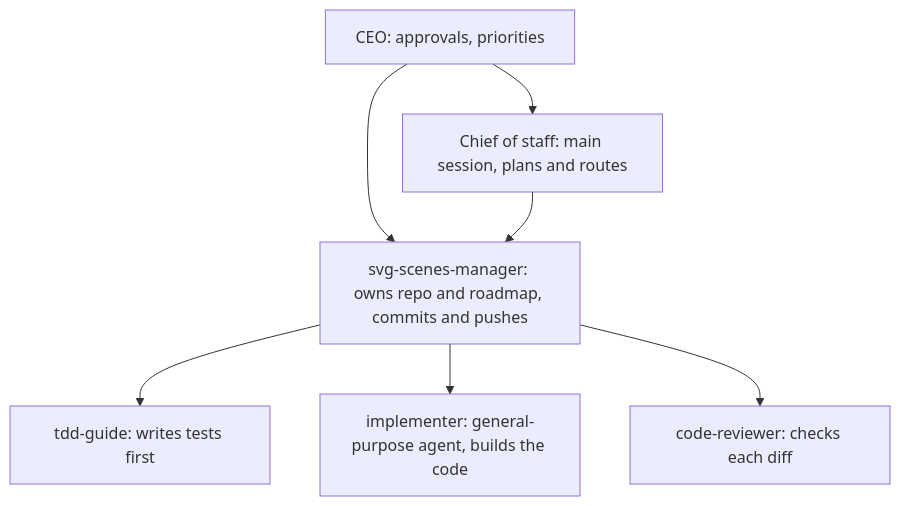
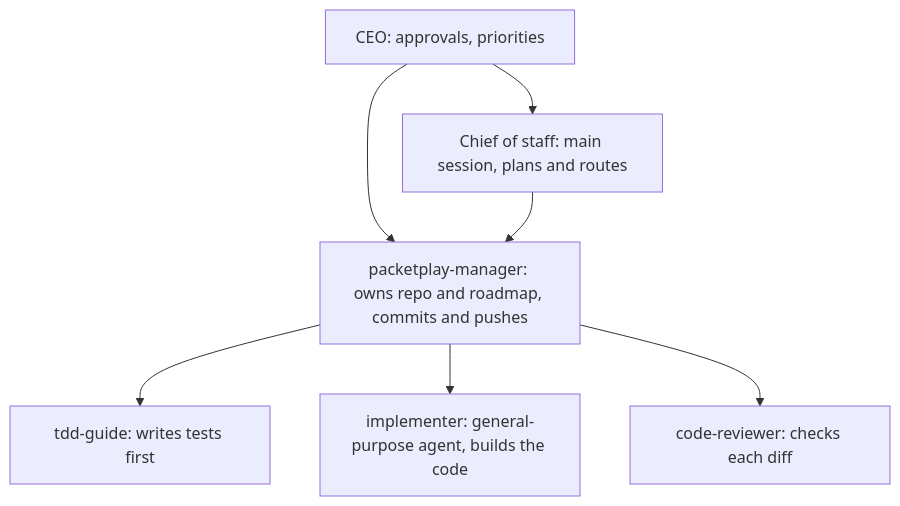
Before and after one commit to nokri-mohammed/packetplay: the diagram in docs/TEAM.md, drawn with Mermaid. The commit also changed other lines of this file and 42 other files, not shown here.

Commit message:
chore: rename svg-scenes to packetplay

````diff
--- a/docs/TEAM.md
+++ b/docs/TEAM.md
@@ -3,9 +3,9 @@
 ```mermaid
 flowchart TD
   CEO[CEO: approvals, priorities] --> COS[Chief of staff: main session, plans and routes]
-  CEO --> MGR[svg-scenes-manager: owns repo and roadmap, commits and pushes]
+  CEO --> MGR[packetplay-manager: owns repo and roadmap, commits and pushes]
   COS --> MGR
   MGR --> TDD[tdd-guide: writes tests first]
   MGR --> IMP[implementer: general-purpose agent, builds the code]
   MGR --> REV[code-reviewer: checks each diff]
 ```
````
